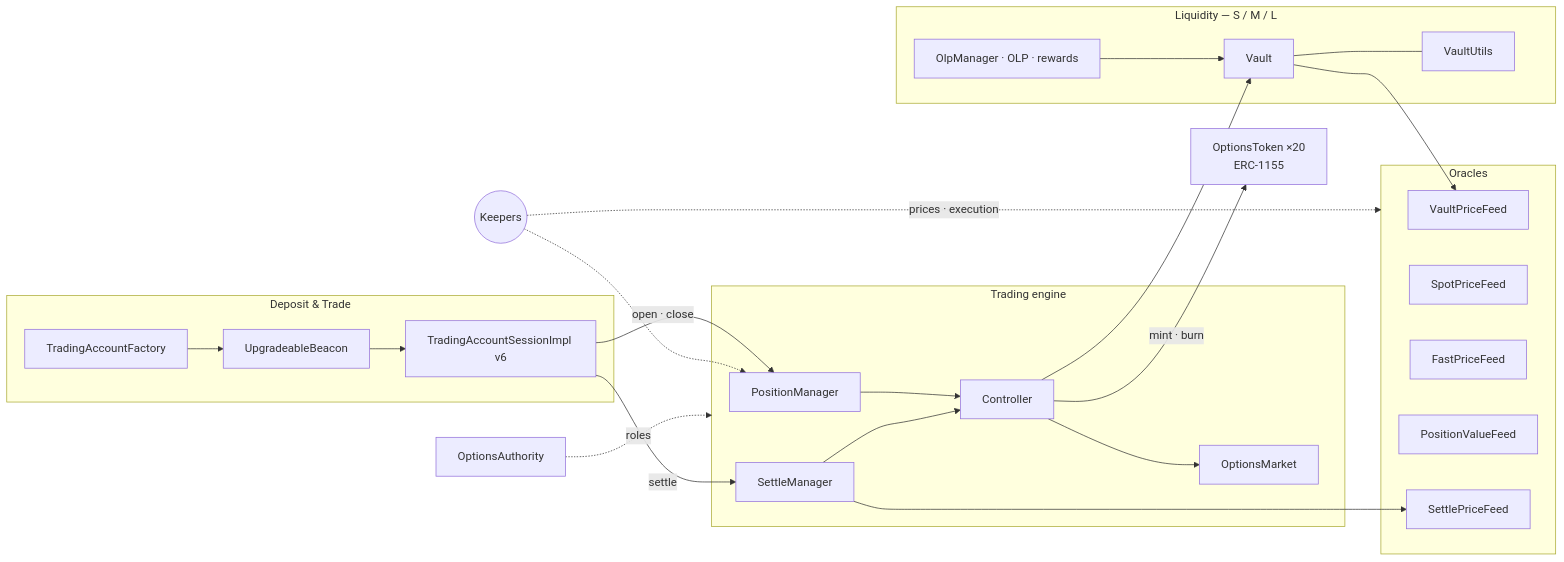
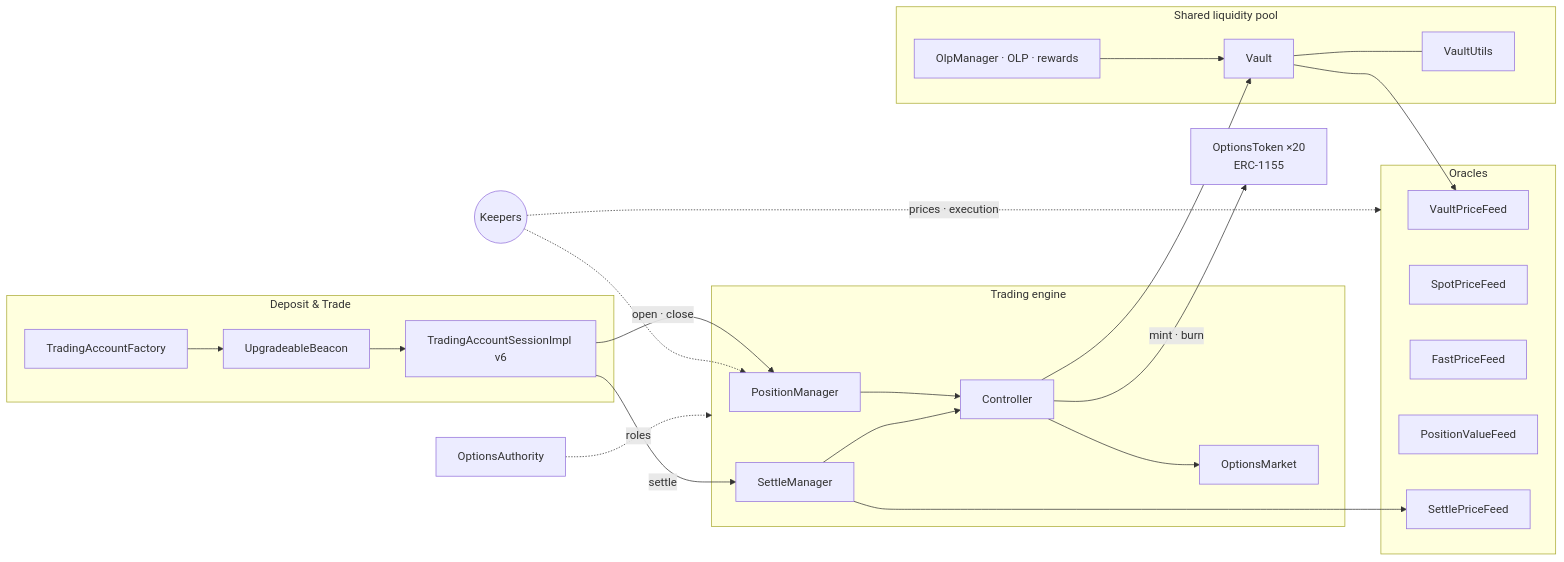
One commit to alanxxzero/callput-robinhood-contracts changed the second of 2 diagrams in README.md. Above: the diagram before and after it, drawn with Mermaid. The commit also changed other lines of this file and 1 other file, not shown here.

Commit message:
docs: describe the single active liquidity pool

````diff
--- a/README.md
+++ b/README.md
@@ -187,33 +186,33 @@
 ```mermaid
 flowchart LR
     subgraph Accounts["Deposit & Trade"]
         F[TradingAccountFactory] --> B[UpgradeableBeacon]
         B --> AI[TradingAccountSessionImpl v6]
     end
     subgraph Engine["Trading engine"]
         PM[PositionManager] --> C[Controller]
         C --> OM[OptionsMarket]
         SM[SettleManager]
     end
-    subgraph Liquidity["Liquidity — S / M / L"]
+    subgraph Liquidity["Shared liquidity pool"]
         V[Vault] --- VU[VaultUtils]
         OLP[OlpManager · OLP · rewards] --> V
     end
     subgraph Pricing["Oracles"]
         VPF[VaultPriceFeed]
         SPF[SpotPriceFeed]
         FPF[FastPriceFeed]
         PVF[PositionValueFeed]
         STF[SettlePriceFeed]
     end
     AI -->|open · close| PM
     AI -->|settle| SM
     C -->|mint · burn| OT[OptionsToken ×20<br/>ERC-1155]
     C --> V
     SM --> C
     V --> VPF
     SM --> STF
     K((Keepers)) -.->|prices · execution| Pricing
     K -.-> PM
     AUTH[OptionsAuthority] -.->|roles| Engine
 ```
````
